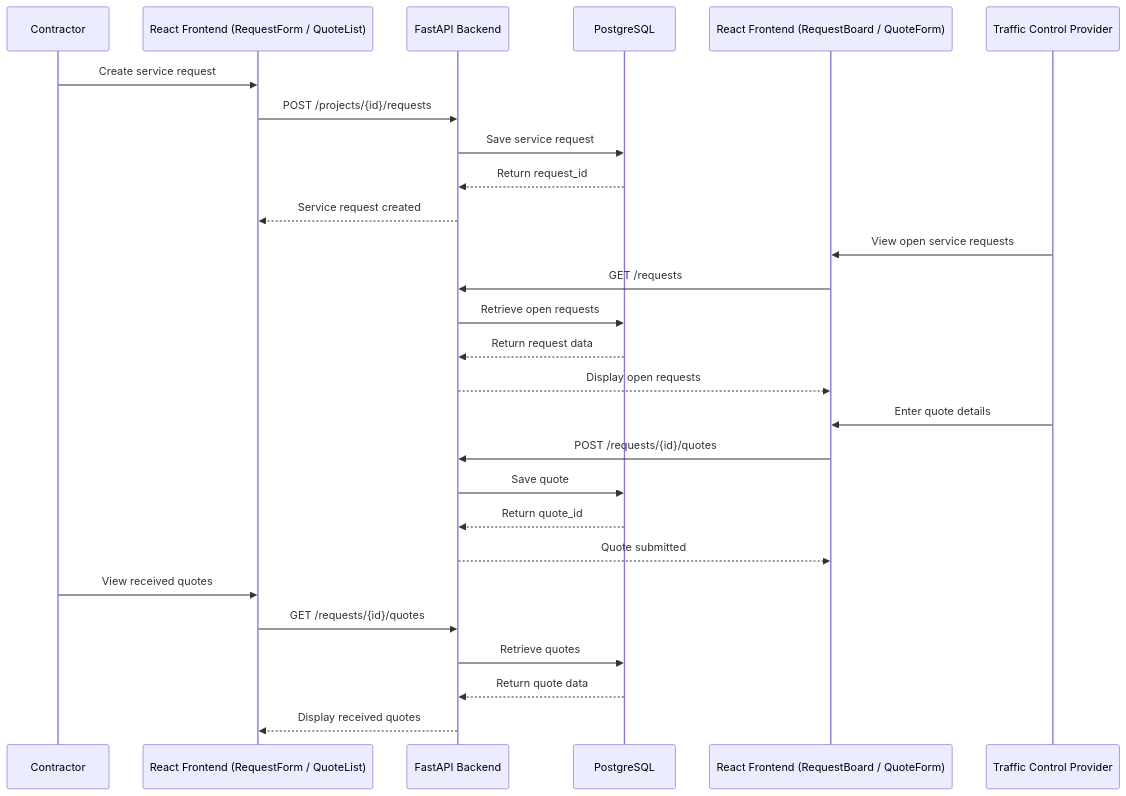
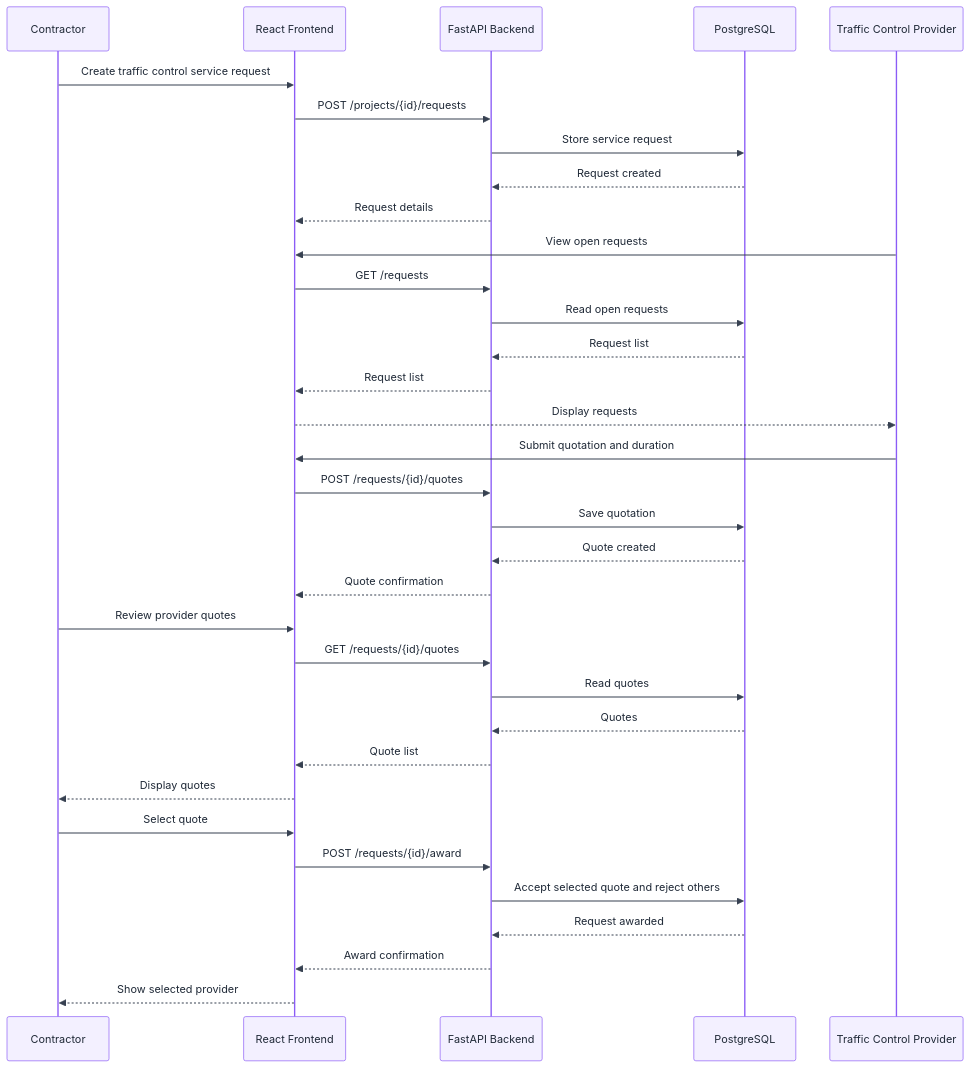
One commit to janaalhazmi/MAMAR changed the fifth of 6 diagrams in Stage 3: Technical Documentation/README.md. Above: the diagram before and after it, drawn with Mermaid. The commit also changed other lines of this file, not shown here.

Commit message:
Refine Stage 3 API documentation and technical justifications

````diff
--- a/Stage 3: Technical Documentation/README.md
+++ b/Stage 3: Technical Documentation/README.md
@@ -633,33 +614,37 @@
 ```mermaid
+%%{init: {"theme": "base", "themeVariables": {"background": "#FFFFFF", "primaryColor": "#F3F0FF", "primaryTextColor": "#1F2937", "primaryBorderColor": "#8B5CF6", "lineColor": "#374151", "secondaryColor": "#F3F0FF", "tertiaryColor": "#FFFFFF", "actorBkg": "#F3F0FF", "actorBorder": "#8B5CF6", "actorTextColor": "#1F2937", "signalColor": "#374151", "signalTextColor": "#1F2937", "labelBoxBkgColor": "#F3F0FF", "labelBoxBorderColor": "#8B5CF6", "noteBkgColor": "#F3F0FF", "noteBorderColor": "#8B5CF6", "fontFamily": "Arial", "fontSize": "14px"}}}%%
 sequenceDiagram
-    participant Contractor as Contractor
-    participant ContractorUI as React Frontend (RequestForm / QuoteList)
-    participant API as FastAPI Backend
-    participant DB as PostgreSQL
-    participant ProviderUI as React Frontend (RequestBoard / QuoteForm)
-    participant Provider as Traffic Control Provider
-
-    Contractor->>ContractorUI: Create service request
-    ContractorUI->>API: POST /projects/{id}/requests
-    API->>DB: Save service request
-    DB-->>API: Return request_id
-    API-->>ContractorUI: Service request created
-
-    Provider->>ProviderUI: View open service requests
-    ProviderUI->>API: GET /requests
-    API->>DB: Retrieve open requests
-    DB-->>API: Return request data
-    API-->>ProviderUI: Display open requests
-
-    Provider->>ProviderUI: Enter quote details
-    ProviderUI->>API: POST /requests/{id}/quotes
-    API->>DB: Save quote
-    DB-->>API: Return quote_id
-    API-->>ProviderUI: Quote submitted
-
-    Contractor->>ContractorUI: View received quotes
-    ContractorUI->>API: GET /requests/{id}/quotes
-    API->>DB: Retrieve quotes
-    DB-->>API: Return quote data
-    API-->>ContractorUI: Display received quotes
+    participant C as Contractor
+    participant R as React Frontend
+    participant F as FastAPI Backend
+    participant P as PostgreSQL
+    participant V as Traffic Control Provider
+    C->>R: Create traffic control service request
+    R->>F: POST /projects/{id}/requests
+    F->>P: Store service request
+    P-->>F: Request created
+    F-->>R: Request details
+    V->>R: View open requests
+    R->>F: GET /requests
+    F->>P: Read open requests
+    P-->>F: Request list
+    F-->>R: Request list
+    R-->>V: Display requests
+    V->>R: Submit quotation and duration
+    R->>F: POST /requests/{id}/quotes
+    F->>P: Save quotation
+    P-->>F: Quote created
+    F-->>R: Quote confirmation
+    C->>R: Review provider quotes
+    R->>F: GET /requests/{id}/quotes
+    F->>P: Read quotes
+    P-->>F: Quotes
+    F-->>R: Quote list
+    R-->>C: Display quotes
+    C->>R: Select quote
+    R->>F: POST /requests/{id}/award
+    F->>P: Accept selected quote and reject others
+    P-->>F: Request awarded
+    F-->>R: Award confirmation
+    R-->>C: Show selected provider
 ```
````
